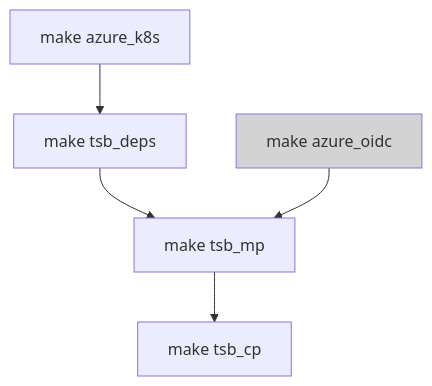
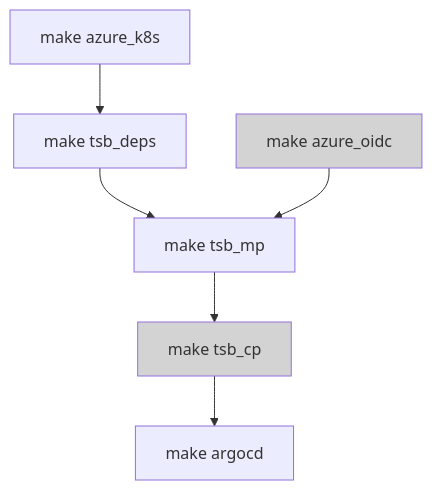
One commit to tetratelabs/tetrate-service-bridge-sandbox changed the diagram in README.md. Above: the diagram before and after it, drawn with Mermaid. The commit also changed other lines of this file and 4 other files, not shown here.

````diff
--- a/README.md
+++ b/README.md
@@ -7,8 +7,10 @@
 ```mermaid
   graph TD;
       A[make azure_k8s] --> B[make tsb_deps]
       B[make tsb_deps] --> C[make tsb_mp]
       Y[make azure_oidc] --> C[make tsb_mp]
       C[make tsb_mp] --> D[make tsb_cp]
+      D[make tsb_cp] --> E[make argocd]
       style Y fill:lightgrey
+      style D fill:lightgrey
 ```
````
